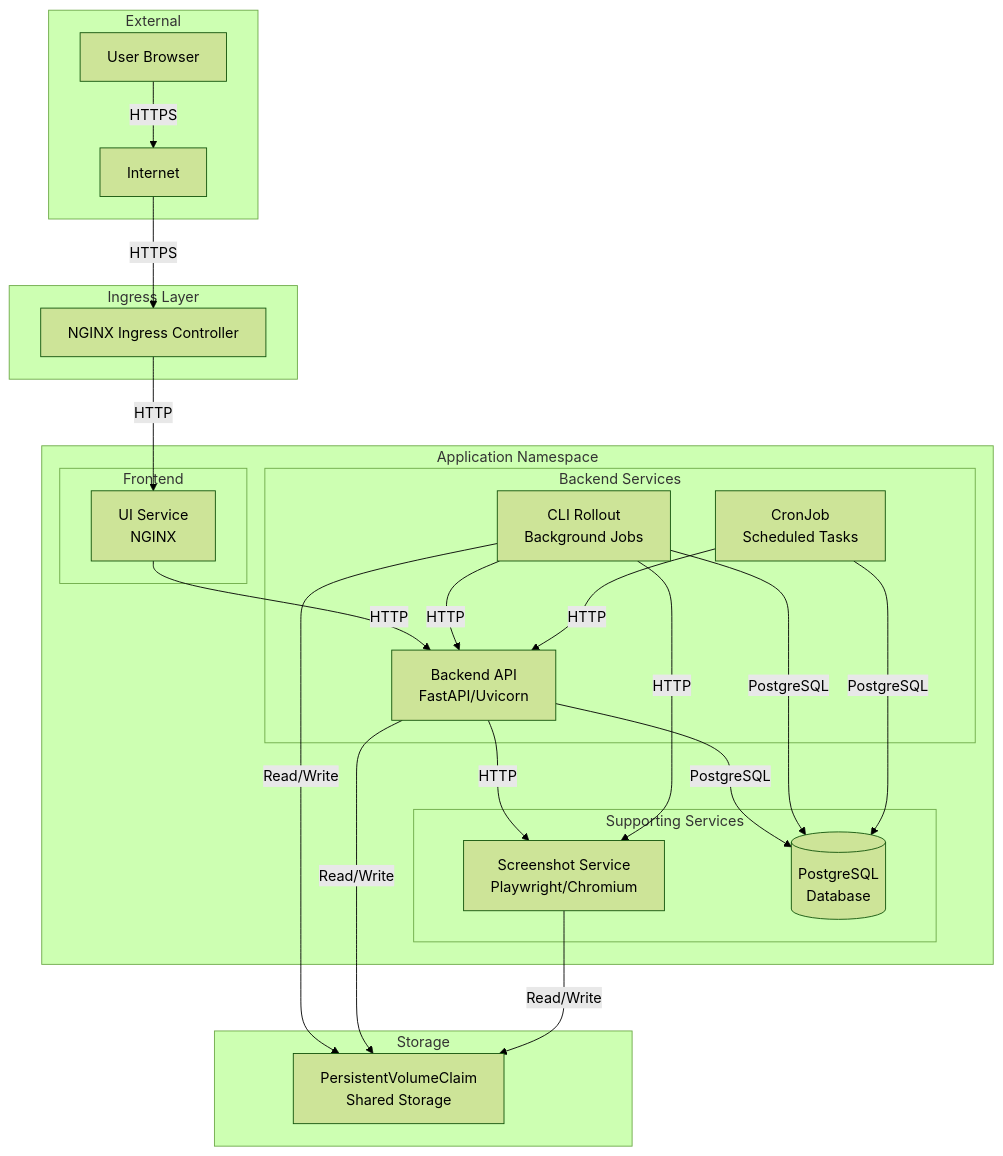
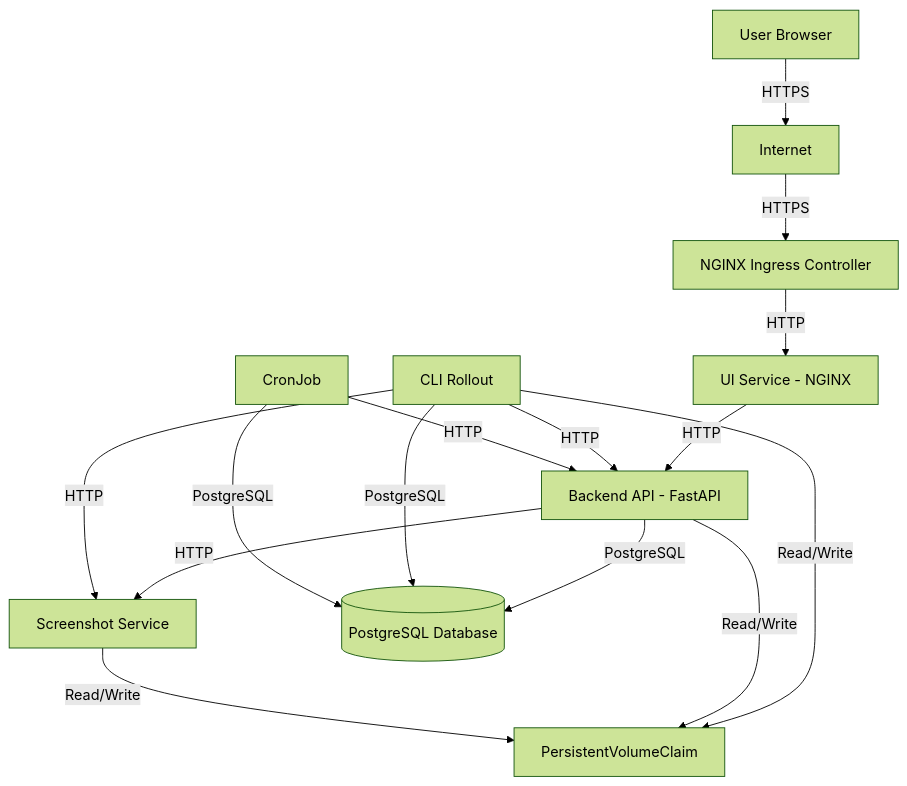
Before and after one commit to Maborak-Technologies-Inc/helm: the second of 4 diagrams in README.md, drawn with Mermaid (forest theme). The commit also changed other lines of this file, not shown here.

````diff
--- a/README.md
+++ b/README.md
@@ -231,47 +214,28 @@
 ```mermaid
 graph TB
-    subgraph "External"
-        User[User Browser]
-        Internet[Internet]
-    end
-    
-    subgraph "Ingress Layer"
-        Ingress[NGINX Ingress Controller]
-    end
-    
-    subgraph "Application Namespace"
-        subgraph "Frontend"
-            UI[UI Service<br/>NGINX]
-        end
-        
-        subgraph "Backend Services"
-            Backend[Backend API<br/>FastAPI/Uvicorn]
-            CLI[CLI Rollout<br/>Background Jobs]
-            CronJob[CronJob<br/>Scheduled Tasks]
-        end
-        
-        subgraph "Supporting Services"
-            Screenshot[Screenshot Service<br/>Playwright/Chromium]
-            DB[(PostgreSQL<br/>Database)]
-        end
-    end
-    
-    subgraph "Storage"
-        PVC[PersistentVolumeClaim<br/>Shared Storage]
-    end
+    User[User Browser]
+    Internet[Internet]
+    Ingress[NGINX Ingress Controller]
+    UI[UI Service - NGINX]
+    Backend[Backend API - FastAPI]
+    CLI[CLI Rollout]
+    CronJob[CronJob]
+    Screenshot[Screenshot Service]
+    DB[(PostgreSQL Database)]
+    PVC[PersistentVolumeClaim]
     
     User -->|HTTPS| Internet
     Internet -->|HTTPS| Ingress
     Ingress -->|HTTP| UI
     UI -->|HTTP| Backend
     Backend -->|HTTP| Screenshot
     Backend -->|PostgreSQL| DB
     CLI -->|HTTP| Backend
     CLI -->|HTTP| Screenshot
     CLI -->|PostgreSQL| DB
     CLI -->|Read/Write| PVC
     CronJob -->|HTTP| Backend
     CronJob -->|PostgreSQL| DB
     Backend -->|Read/Write| PVC
     Screenshot -->|Read/Write| PVC
 ```
````
